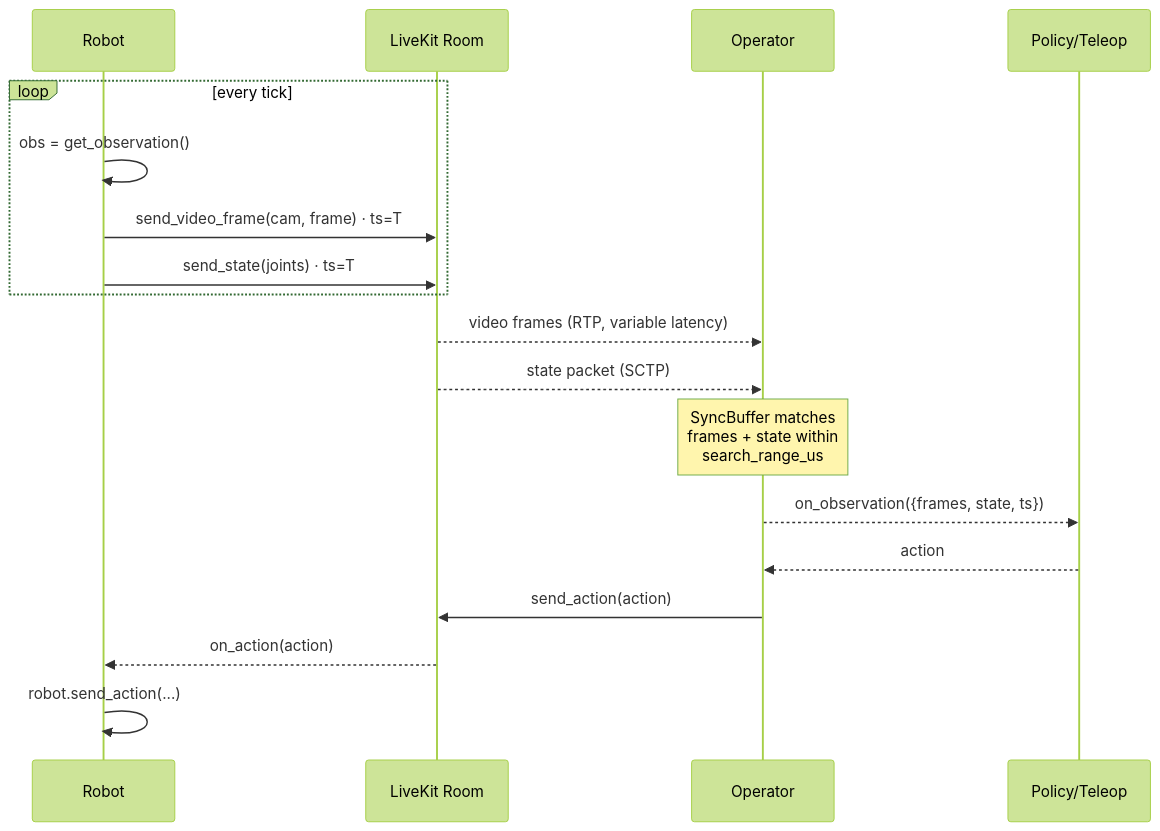
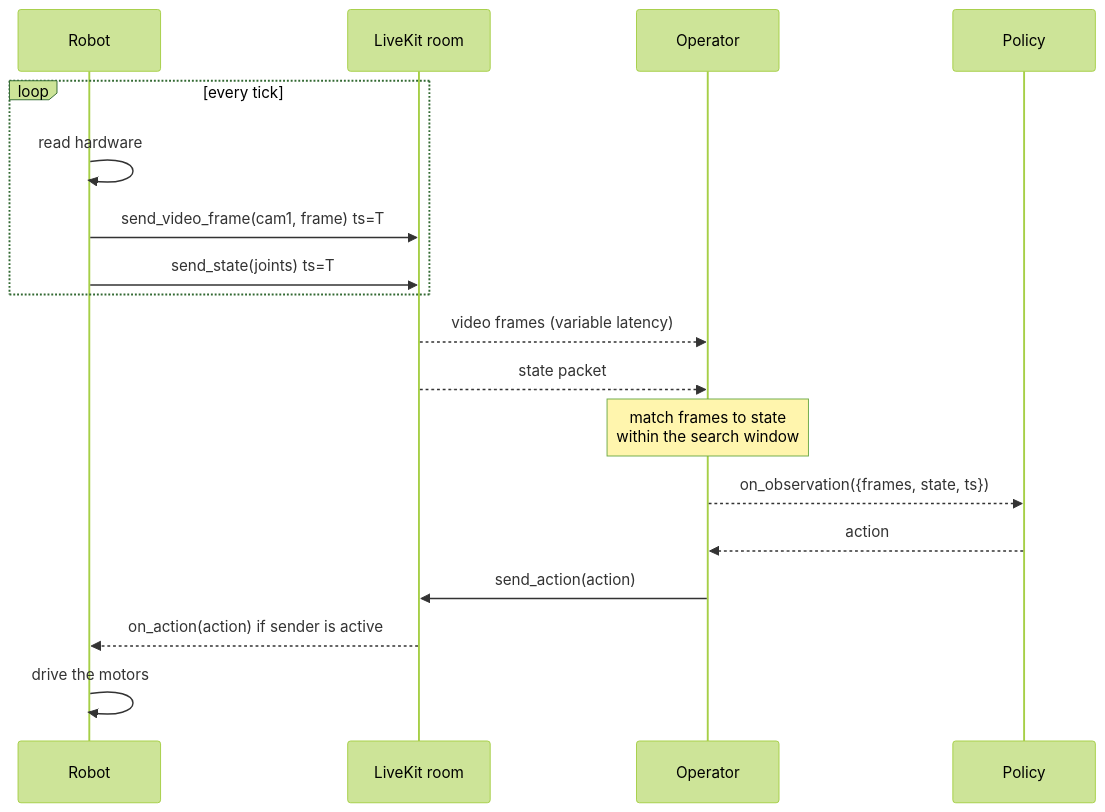
One commit to livekit/portal changed the third of 3 diagrams in docs/02-concepts.md. Above: the diagram before and after it, drawn with Mermaid (forest theme). The commit also changed other lines of this file and 28 other files, not shown here.

````diff
--- a/docs/02-concepts.md
+++ b/docs/02-concepts.md
@@ -118,24 +212,24 @@
 ```mermaid
 sequenceDiagram
     participant R as Robot
-    participant L as LiveKit Room
+    participant L as LiveKit room
     participant O as Operator
-    participant M as Policy/Teleop
+    participant M as Policy
 
     loop every tick
-        R->>R: obs = get_observation()
-        R->>L: send_video_frame(cam, frame) · ts=T
-        R->>L: send_state(joints) · ts=T
+        R->>R: read hardware
+        R->>L: send_video_frame(cam1, frame) ts=T
+        R->>L: send_state(joints) ts=T
     end
 
-    L-->>O: video frames (RTP, variable latency)
-    L-->>O: state packet (SCTP)
+    L-->>O: video frames (variable latency)
+    L-->>O: state packet
 
-    Note over O: SyncBuffer matches<br/>frames + state within<br/>search_range_us
+    Note over O: match frames to state<br/>within the search window
 
     O-->>M: on_observation({frames, state, ts})
     M-->>O: action
     O->>L: send_action(action)
-    L-->>R: on_action(action)
-    R->>R: robot.send_action(...)
+    L-->>R: on_action(action) if sender is active
+    R->>R: drive the motors
 ```
````
